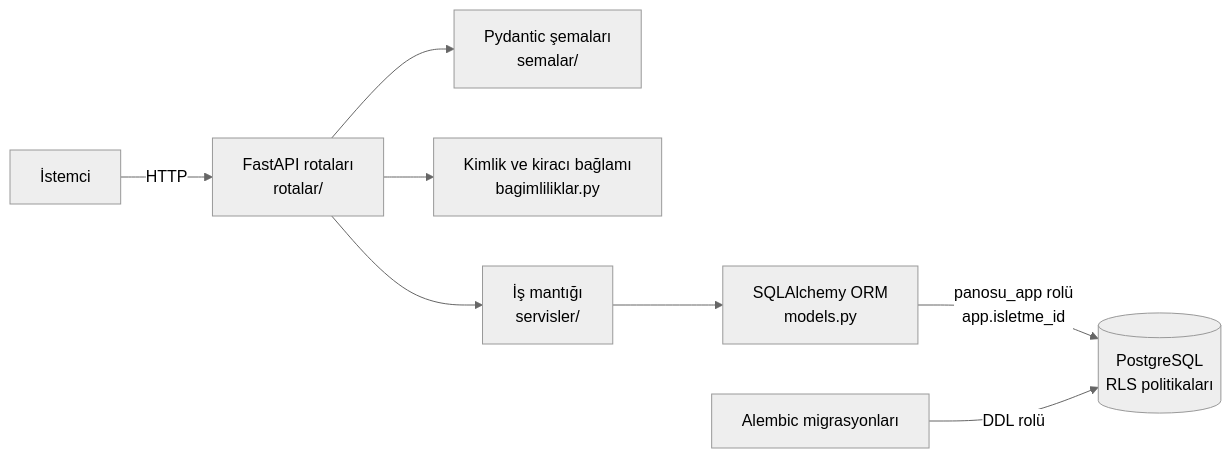
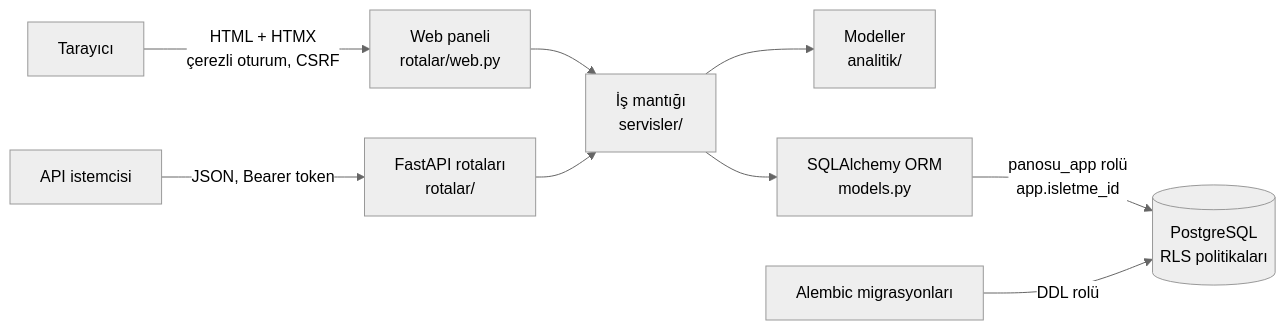
The diagram in README.md (huseyinayt34/panosu), drawn with Mermaid (neutral theme) before and after one commit. The commit also changed other lines of this file, not shown here.

Commit message:
README: canlı demo, güncel mimari, modeller ve API uçları

````diff
--- a/README.md
+++ b/README.md
@@ -23,10 +35,11 @@
 ```mermaid
 flowchart LR
-    C[İstemci] -->|HTTP| R[FastAPI rotaları<br/>rotalar/]
-    R --> V[Pydantic şemaları<br/>semalar/]
-    R --> K[Kimlik ve kiracı bağlamı<br/>bagimliliklar.py]
-    R --> S[İş mantığı<br/>servisler/]
+    T[Tarayıcı] -->|HTML + HTMX<br/>çerezli oturum, CSRF| W[Web paneli<br/>rotalar/web.py]
+    C[API istemcisi] -->|JSON, Bearer token| R[FastAPI rotaları<br/>rotalar/]
+    W --> S[İş mantığı<br/>servisler/]
+    R --> S
+    S --> A[Modeller<br/>analitik/]
     S --> O[SQLAlchemy ORM<br/>models.py]
     O -->|panosu_app rolü<br/>app.isletme_id| DB[(PostgreSQL<br/>RLS politikaları)]
     M[Alembic migrasyonları] -->|DDL rolü| DB
 ```
````
